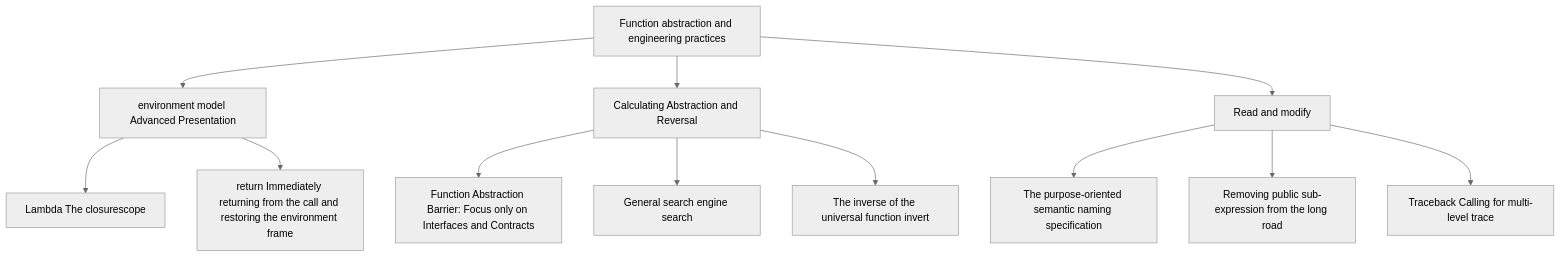
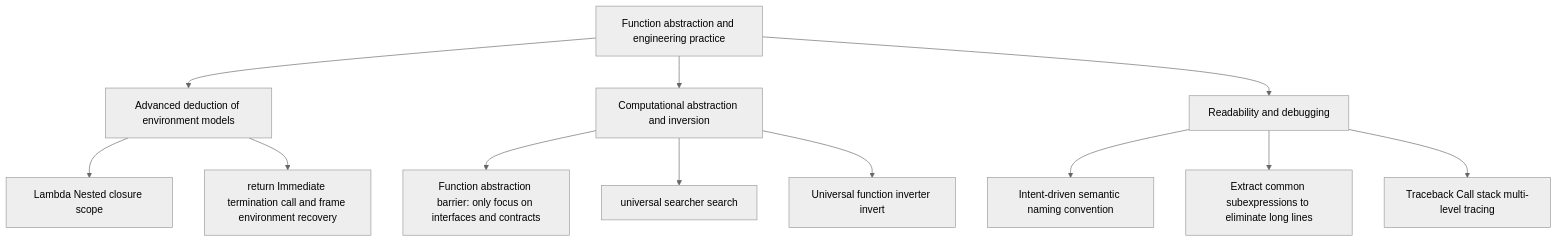
Before and after one commit to easonlines2007/easonlin-blog: the diagram in src/content/translations/en/notes/cs61a/lecture-07.md, drawn with Mermaid (neutral theme). The commit also changed other lines of this file and 158 other files, not shown here.

````diff
--- a/src/content/translations/en/notes/cs61a/lecture-07.md
+++ b/src/content/translations/en/notes/cs61a/lecture-07.md
@@ -293,17 +662,17 @@
 ```mermaid
 graph TD
-    A[Function abstraction and engineering practices] --> B[environment model Advanced Presentation]
-    A --> C[Calculating Abstraction and Reversal]
-    A --> D[Read and modify]
+    A[Function abstraction and engineering practice] --> B[Advanced deduction of environment models]
+    A --> C[Computational abstraction and inversion]
+    A --> D[Readability and debugging]
 
-    B --> B1[Lambda The closurescope]
-    B --> B2[return Immediately returning from the call and restoring the environment frame]
+    B --> B1[Lambda Nested closure scope]
+    B --> B2[return Immediate termination call and frame environment recovery]
 
-    C --> C1[Function Abstraction Barrier: Focus only on Interfaces and Contracts]
-    C --> C2[General search engine search]
-    C --> C3[The inverse of the universal function invert]
+    C --> C1[Function abstraction barrier: only focus on interfaces and contracts]
+    C --> C2[universal searcher search]
+    C --> C3[Universal function inverter invert]
 
-    D --> D1[The purpose-oriented semantic naming specification]
-    D --> D2[Removing public sub-expression from the long road]
-    D --> D3[Traceback Calling for multi-level trace]
+    D --> D1[Intent-driven semantic naming convention]
+    D --> D2[Extract common subexpressions to eliminate long lines]
+    D --> D3[Traceback Call stack multi-level tracing]
 ```
````
